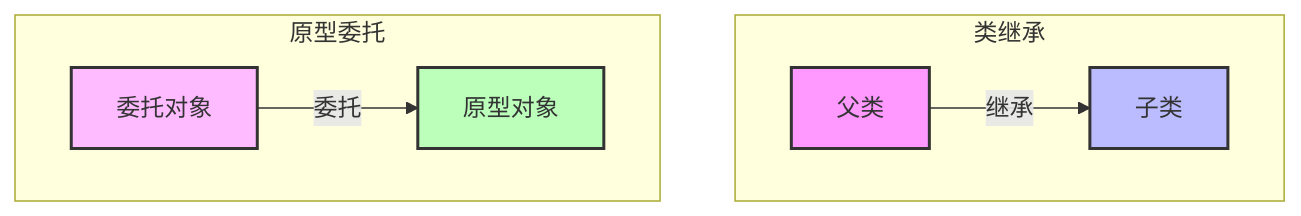
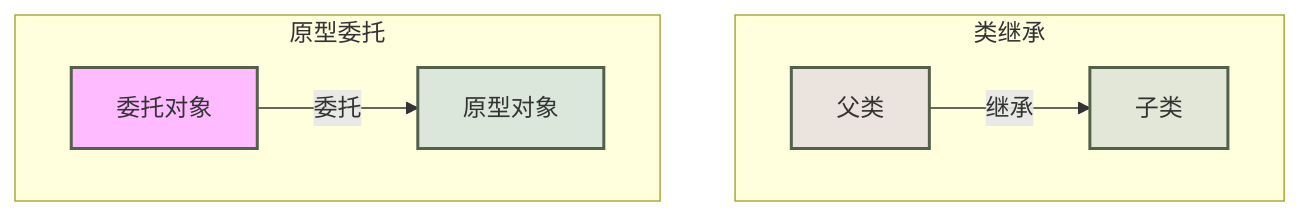
One commit to yaklang/ssa.to changed the fourth of 12 diagrams in static-analysis-guide/deep-dive-into-ssa-oop.mdx. Above: the diagram before and after it, drawn with Mermaid. The commit also changed other lines of this file and 91 other files, not shown here.

````diff
--- a/static-analysis-guide/deep-dive-into-ssa-oop.mdx
+++ b/static-analysis-guide/deep-dive-into-ssa-oop.mdx
@@ -380,19 +388,19 @@
 ```mermaid
 graph TB
     subgraph "类继承"
         A["父类"]
         B["子类"]
         A -->|"继承"| B
     end
     
     subgraph "原型委托"
         C["原型对象"]
         D["委托对象"]
         D -->|"委托"| C
     end
 
-    style A fill:#f9f,stroke:#333,stroke-width:2px
-    style B fill:#bbf,stroke:#333,stroke-width:2px
-    style C fill:#bfb,stroke:#333,stroke-width:2px
-    style D fill:#fbf,stroke:#333,stroke-width:2px
+    style A fill:#ebe3dd,stroke:#52604c,stroke-width:2px
+    style B fill:#e2e7d7,stroke:#52604c,stroke-width:2px
+    style C fill:#dce7dc,stroke:#52604c,stroke-width:2px
+    style D fill:#fbf,stroke:#52604c,stroke-width:2px
 ```
````
